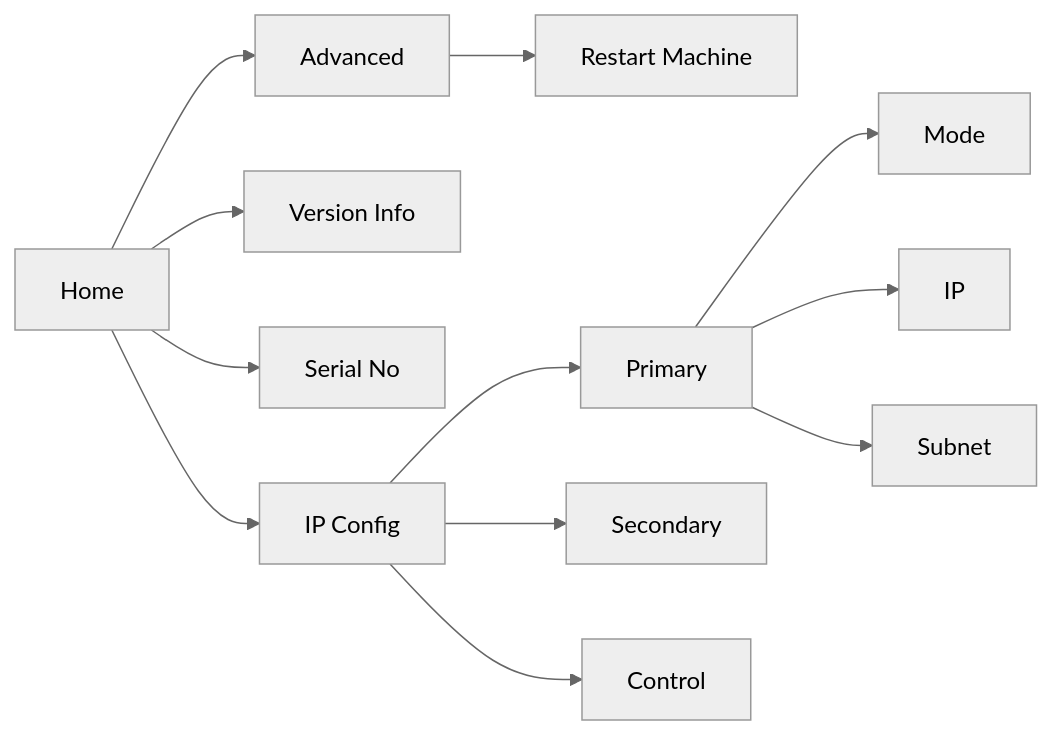
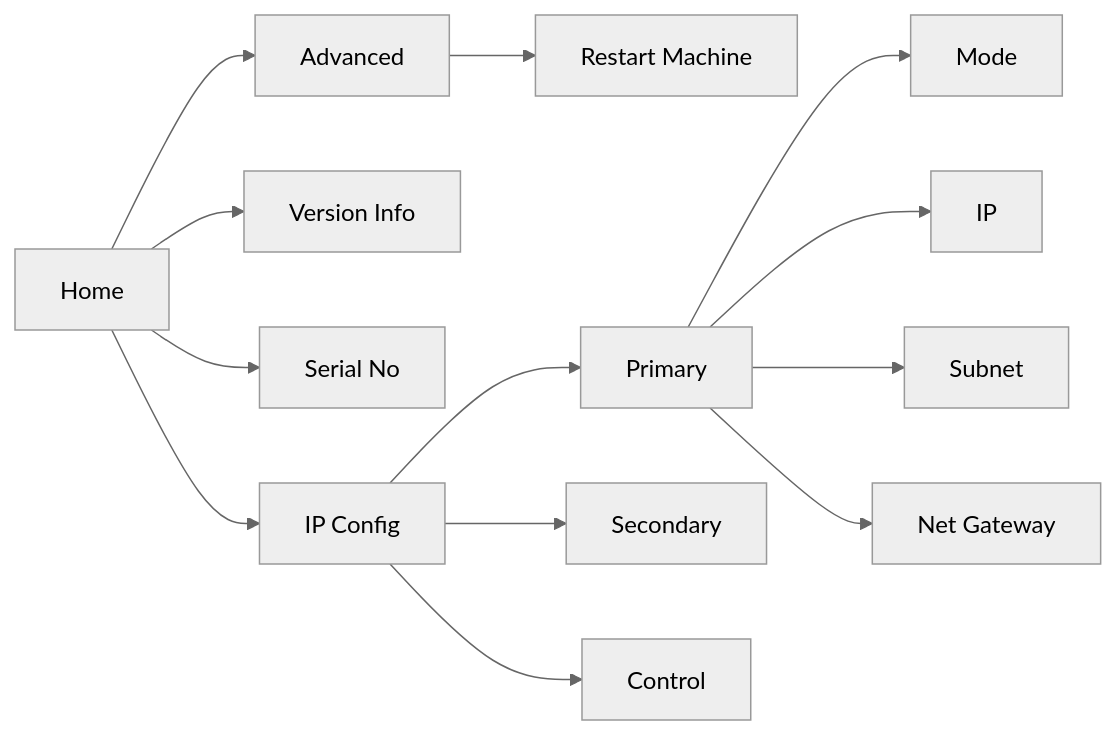
Before and after one commit to fourieraudio/docs: the diagram in manual/transform.engine/oled.md, drawn with Mermaid (neutral theme). The commit also changed other lines of this file and 56 other files, not shown here.

````diff
--- a/manual/transform.engine/oled.md
+++ b/manual/transform.engine/oled.md
@@ -25,15 +25,16 @@
 ```mermaid
 flowchart LR
     Home-->IpConfig["IP Config"]
     Home-->VersionInfo["Version Info"]
     Home-->Serial["Serial No"]
     Home-->Advanced-->Restart["Restart Machine"]
 
     IpConfig-->Primary
     IpConfig-->Secondary
     IpConfig-->Control
 
     Primary-->Mode
     Primary-->IP
     Primary-->Subnet
+    Primary-->GW["Net Gateway"]
 ```
````
